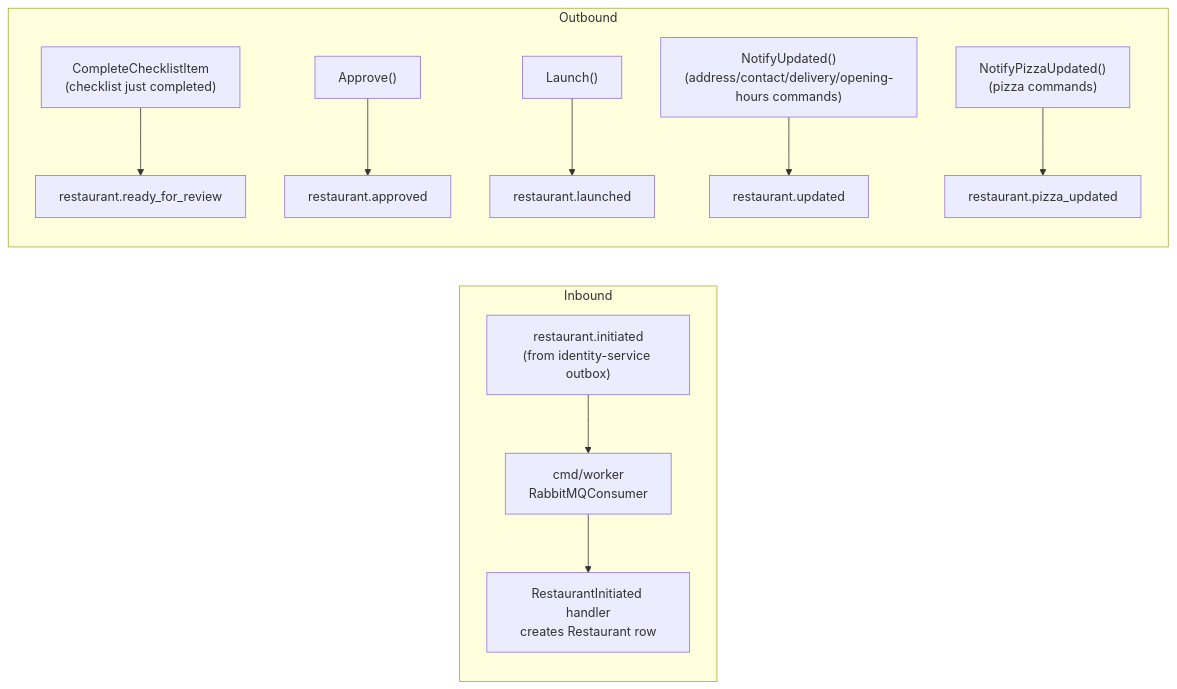
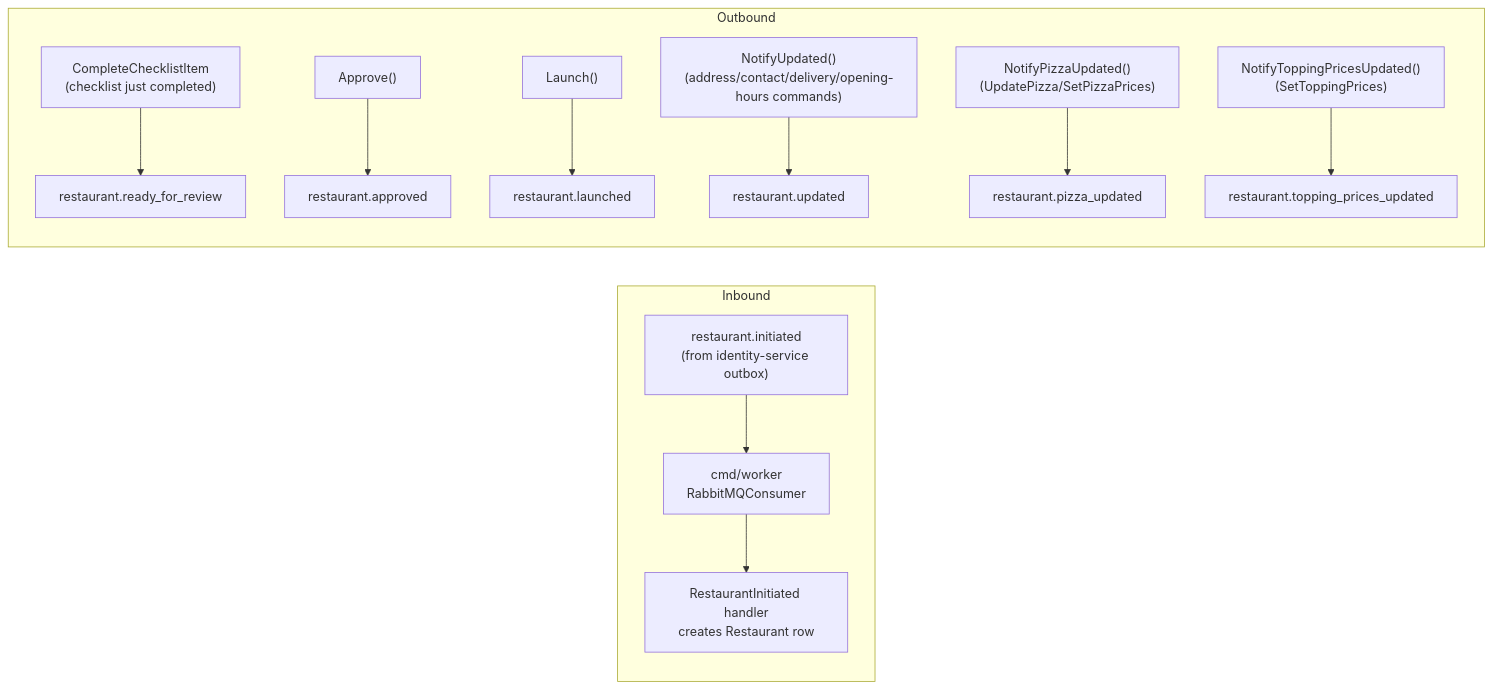
The second of 2 diagrams in docs/services/restaurant-service.md (tarique-iqbal/pizza-marketplace), drawn with Mermaid before and after one commit. The commit also changed other lines of this file, not shown here.

Commit message:
docs: update restaurant-service.md for events

````diff
--- a/docs/services/restaurant-service.md
+++ b/docs/services/restaurant-service.md
@@ -118,14 +118,15 @@
 ```mermaid
 flowchart LR
     subgraph Inbound
         RI["restaurant.initiated\n(from identity-service outbox)"] --> W["cmd/worker\nRabbitMQConsumer"]
         W --> D["RestaurantInitiated handler\ncreates Restaurant row"]
     end
     subgraph Outbound
         D2["CompleteChecklistItem\n(checklist just completed)"] --> E1["restaurant.ready_for_review"]
         E2A["Approve()"] --> E2["restaurant.approved"]
         E3A["Launch()"] --> E3["restaurant.launched"]
         E4A["NotifyUpdated()\n(address/contact/delivery/opening-hours commands)"] --> E4["restaurant.updated"]
-        E5A["NotifyPizzaUpdated()\n(pizza commands)"] --> E5["restaurant.pizza_updated"]
+        E5A["NotifyPizzaUpdated()\n(UpdatePizza/SetPizzaPrices)"] --> E5["restaurant.pizza_updated"]
+        E6A["NotifyToppingPricesUpdated()\n(SetToppingPrices)"] --> E6["restaurant.topping_prices_updated"]
     end
 ```
````
